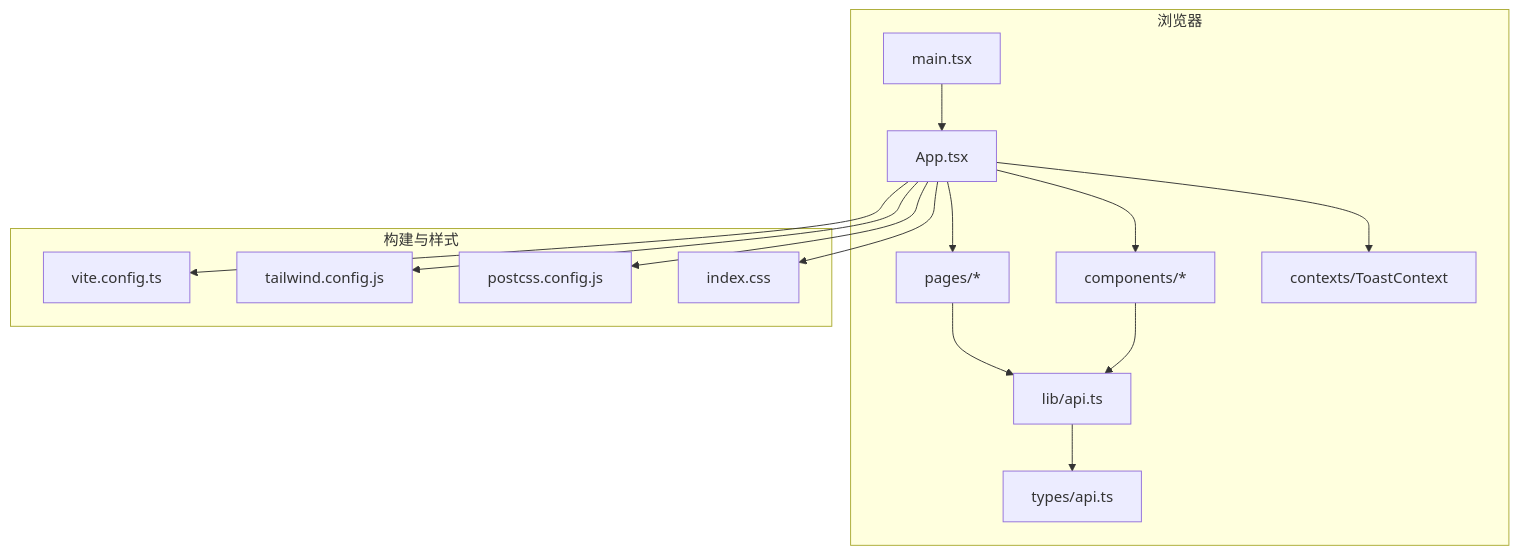
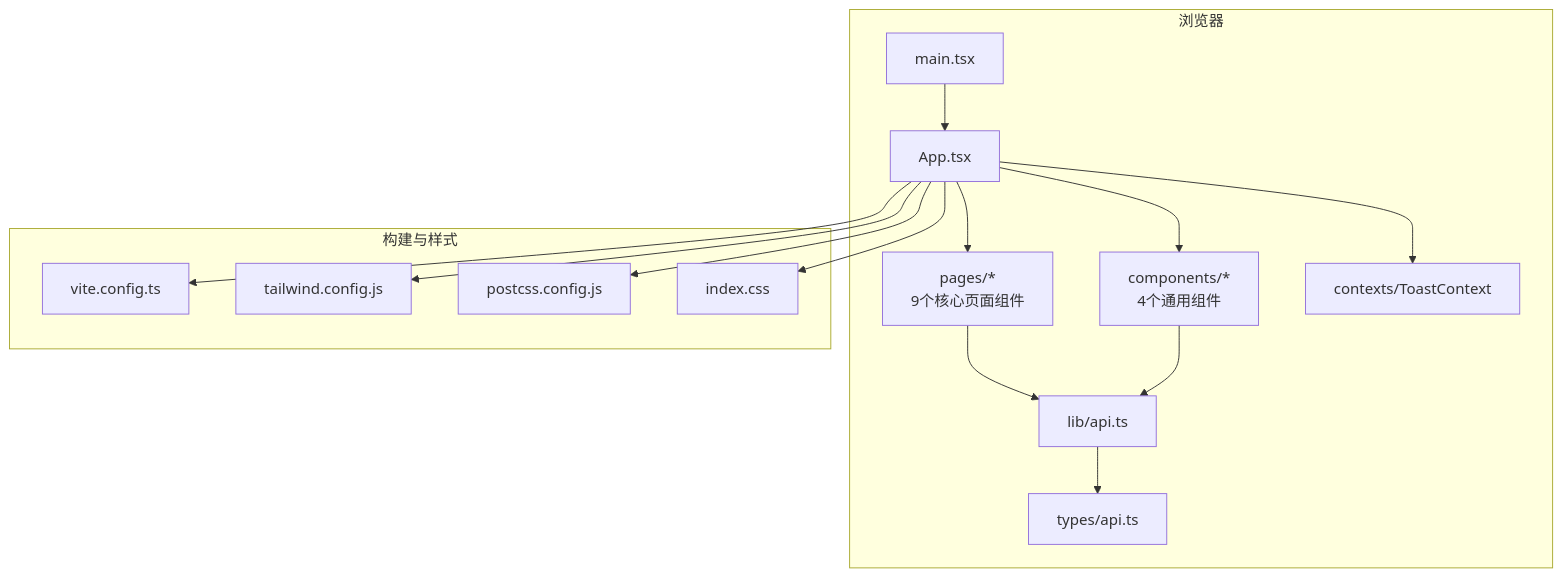
One commit to kudig-io/klaw changed the second of 8 diagrams in .qoder/repowiki/zh/content/Web前端应用/Web前端应用.md. Above: the diagram before and after it, drawn with Mermaid. The commit also changed other lines of this file and 245 other files, not shown here.

````diff
--- a/.qoder/repowiki/zh/content/Web前端应用/Web前端应用.md
+++ b/.qoder/repowiki/zh/content/Web前端应用/Web前端应用.md
@@ -164,22 +176,22 @@
 ```mermaid
 graph TB
 subgraph "浏览器"
 M["main.tsx"] --> A["App.tsx"]
-A --> P["pages/*"]
-A --> C["components/*"]
+A --> P["pages/*<br/>9个核心页面组件"]
+A --> C["components/*<br/>4个通用组件"]
 A --> CTX["contexts/ToastContext"]
 P --> L["lib/api.ts"]
 C --> L
 L --> T["types/api.ts"]
 end
 subgraph "构建与样式"
 V["vite.config.ts"]
 TW["tailwind.config.js"]
 PC["postcss.config.js"]
 IC["index.css"]
 end
 A --> V
 A --> TW
 A --> PC
 A --> IC
 ```
````
